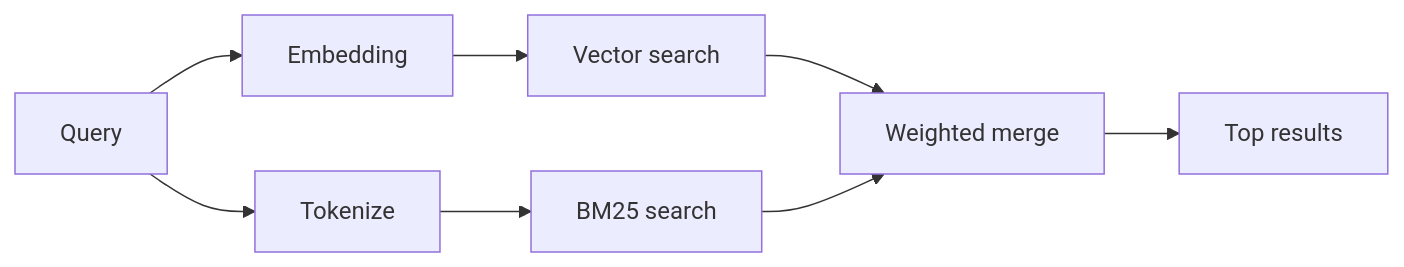
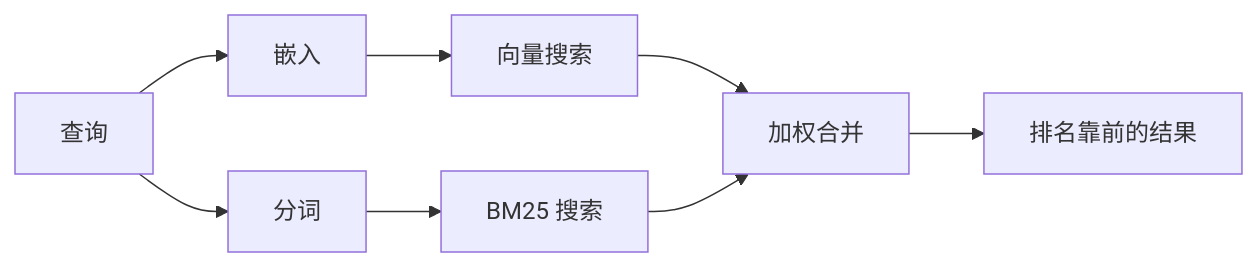
Before and after one commit to openclaw/docs: the diagram in docs/zh-CN/concepts/memory-search.md, drawn with Mermaid. The commit also changed other lines of this file and 3456 other files, not shown here.

````diff
--- a/docs/zh-CN/concepts/memory-search.md
+++ b/docs/zh-CN/concepts/memory-search.md
@@ -68,10 +69,10 @@
 ```mermaid
 flowchart LR
-    Q["Query"] --> E["Embedding"]
-    Q --> T["Tokenize"]
-    E --> VS["Vector search"]
-    T --> BM["BM25 search"]
-    VS --> M["Weighted merge"]
+    Q["查询"] --> E["嵌入"]
+    Q --> T["分词"]
+    E --> VS["向量搜索"]
+    T --> BM["BM25 搜索"]
+    VS --> M["加权合并"]
     BM --> M
-    M --> R["Top results"]
+    M --> R["排名靠前的结果"]
 ```
````
